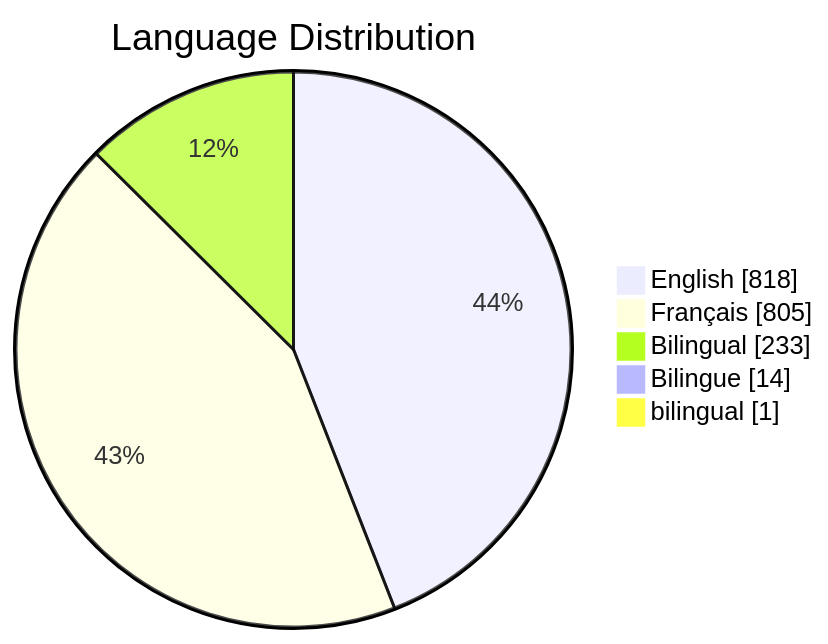
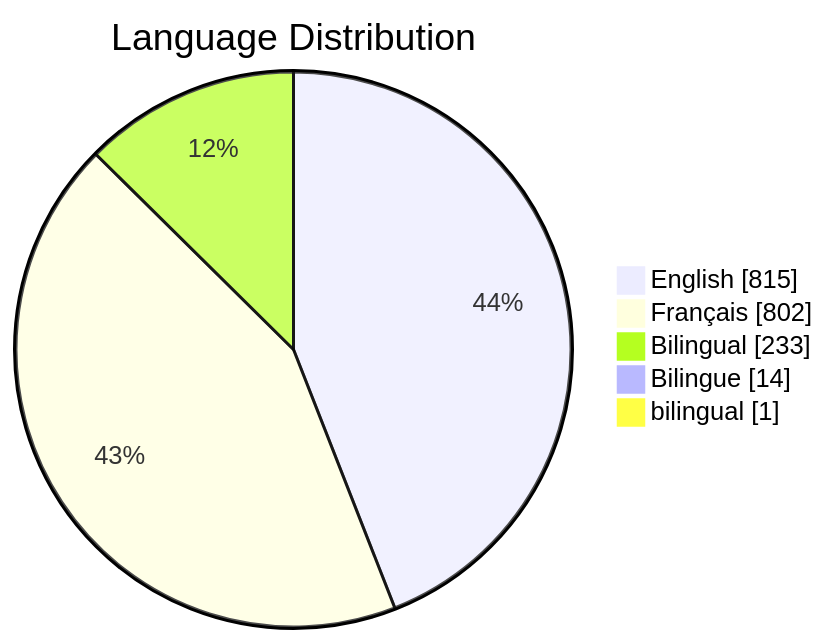
One commit to PatLittle/GC-Socials changed the fifth of 8 diagrams in README.md. Above: the diagram before and after it, drawn with Mermaid. The commit also changed other lines of this file, not shown here.

Commit message:
Update README with Platform Distribution pie chart

````diff
--- a/README.md
+++ b/README.md
@@ -165,8 +165,8 @@
 ```mermaid
 pie showData title Language Distribution
-    "English": 818
-    "Français": 805
+    "English": 815
+    "Français": 802
     "Bilingual": 233
     "Bilingue": 14
     "bilingual": 1
 ```
````
